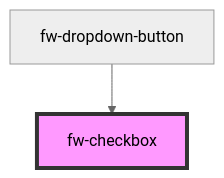
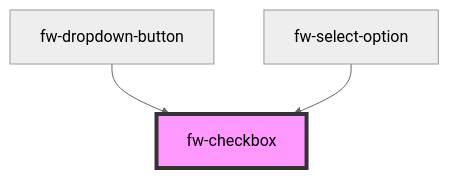
One commit to freshworks/crayons changed the diagram in packages/crayons-core/src/components/checkbox/readme.md. Above: the diagram before and after it, drawn with Mermaid (neutral theme). The commit also changed other lines of this file and 9 other files, not shown here.

Commit message:
feat(fw-select-option): added variants of select-option

````diff
--- a/packages/crayons-core/src/components/checkbox/readme.md
+++ b/packages/crayons-core/src/components/checkbox/readme.md
@@ -41,5 +42,6 @@
 ```mermaid
 graph TD;
   fw-dropdown-button --> fw-checkbox
+  fw-select-option --> fw-checkbox
   style fw-checkbox fill:#f9f,stroke:#333,stroke-width:4px
 ```
````
